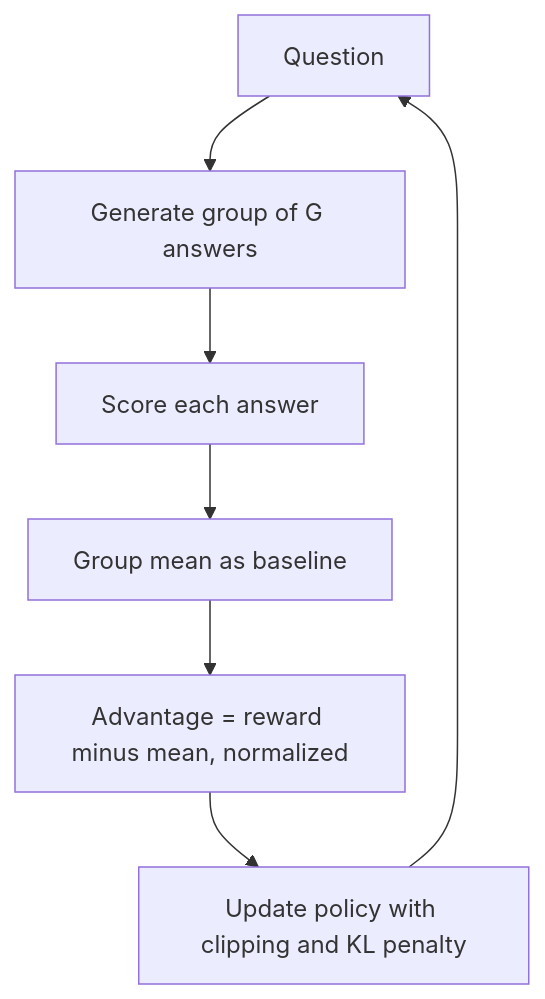
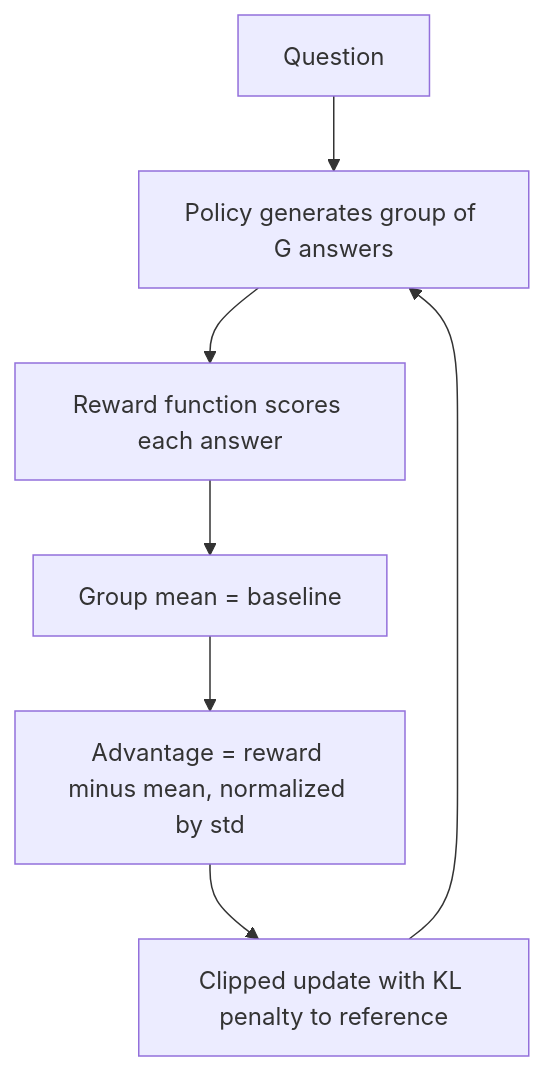
One commit to kaisarnajar/outcome-school-blogs changed the first of 2 diagrams in notes/step-07-training-fine-tuning-and-alignment/095-group-relative-policy-optimization-grpo.md. Above: the diagram before and after it, drawn with Mermaid. The commit also changed other lines of this file and 233 other files, not shown here.

````diff
--- a/notes/step-07-training-fine-tuning-and-alignment/095-group-relative-policy-optimization-grpo.md
+++ b/notes/step-07-training-fine-tuning-and-alignment/095-group-relative-policy-optimization-grpo.md
@@ -50,9 +80,9 @@
 ```mermaid
 flowchart TD
-    Q["Question"] --> G["Generate group of G answers"]
-    G --> R["Score each answer"]
-    R --> M["Group mean as baseline"]
-    M --> A["Advantage = reward minus mean, normalized"]
-    A --> U["Update policy with clipping and KL penalty"]
-    U --> Q
+    q["Question"] --> g["Policy generates group of G answers"]
+    g --> sc["Reward function scores each answer"]
+    sc --> mu["Group mean = baseline"]
+    mu --> ad["Advantage = reward minus mean, normalized by std"]
+    ad --> up["Clipped update with KL penalty to reference"]
+    up --> g
 ```
````
